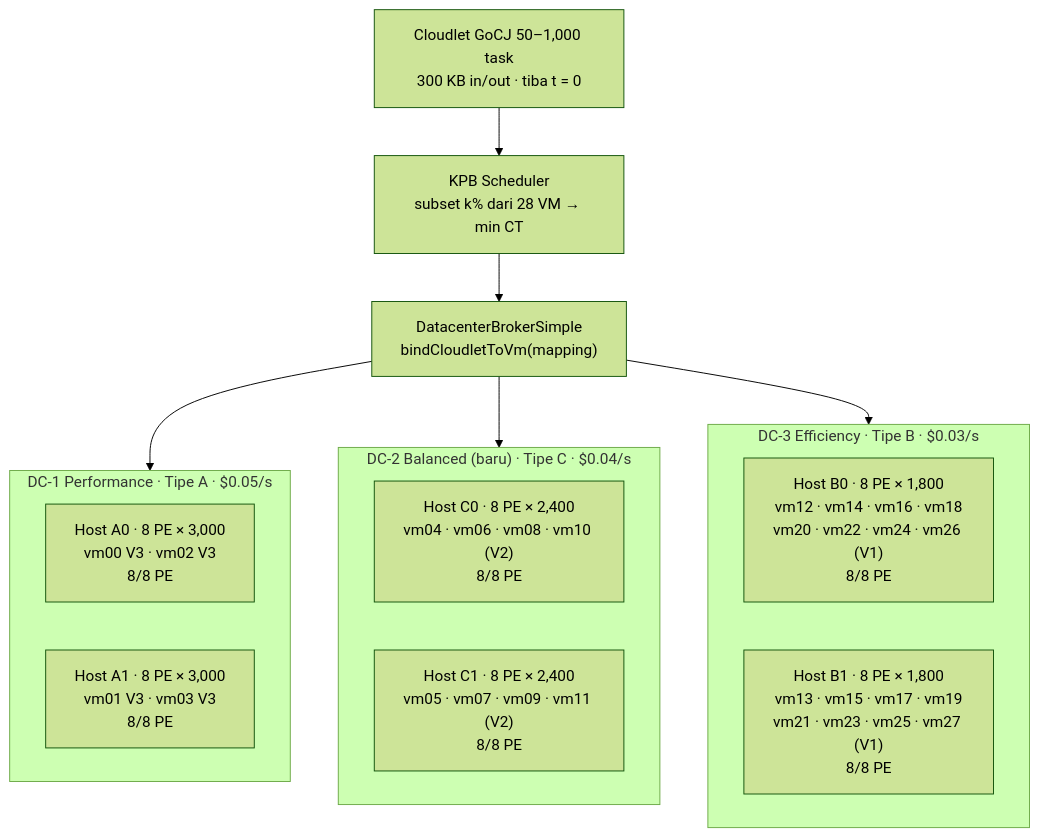
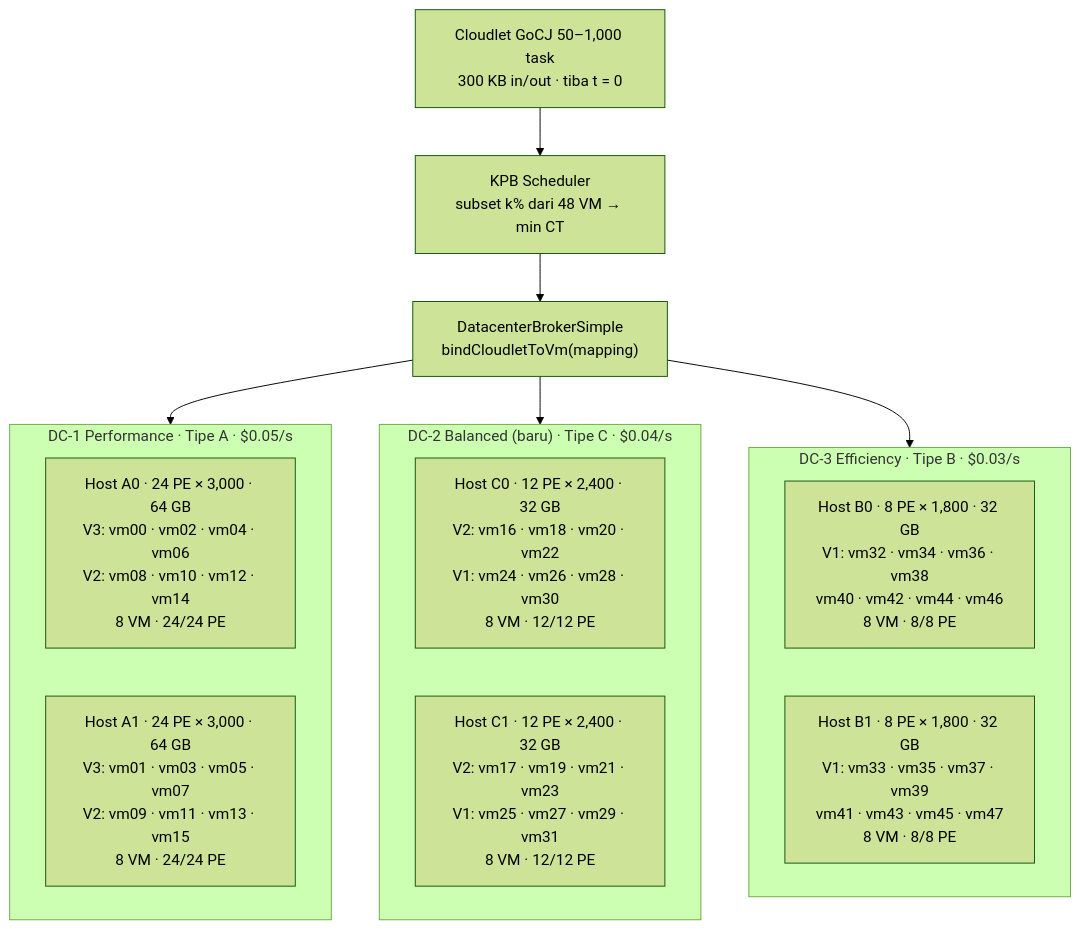
Before and after one commit to pikaapik-io/soka-a-5: the fifth of 5 diagrams in README.md, drawn with Mermaid (forest theme). The commit also changed other lines of this file, not shown here.

````diff
--- a/README.md
+++ b/README.md
@@ -1519,26 +1535,26 @@
 ```mermaid
 flowchart TD
     T["Cloudlet GoCJ 50–1,000 task<br/>300 KB in/out · tiba t = 0"]
-    K["KPB Scheduler<br/>subset k% dari 28 VM → min CT"]
+    K["KPB Scheduler<br/>subset k% dari 48 VM → min CT"]
     Broker["DatacenterBrokerSimple<br/>bindCloudletToVm(mapping)"]
     T --> K --> Broker
 
     subgraph DC1["DC-1 Performance · Tipe A · $0.05/s"]
-        A0["Host A0 · 8 PE × 3,000<br/>vm00 V3 · vm02 V3<br/>8/8 PE"]
-        A1["Host A1 · 8 PE × 3,000<br/>vm01 V3 · vm03 V3<br/>8/8 PE"]
+        A0["Host A0 · 24 PE × 3,000 · 64 GB<br/>V3: vm00 · vm02 · vm04 · vm06<br/>V2: vm08 · vm10 · vm12 · vm14<br/>8 VM · 24/24 PE"]
+        A1["Host A1 · 24 PE × 3,000 · 64 GB<br/>V3: vm01 · vm03 · vm05 · vm07<br/>V2: vm09 · vm11 · vm13 · vm15<br/>8 VM · 24/24 PE"]
     end
 
     subgraph DC2["DC-2 Balanced (baru) · Tipe C · $0.04/s"]
-        C0["Host C0 · 8 PE × 2,400<br/>vm04 · vm06 · vm08 · vm10 (V2)<br/>8/8 PE"]
-        C1["Host C1 · 8 PE × 2,400<br/>vm05 · vm07 · vm09 · vm11 (V2)<br/>8/8 PE"]
+        C0["Host C0 · 12 PE × 2,400 · 32 GB<br/>V2: vm16 · vm18 · vm20 · vm22<br/>V1: vm24 · vm26 · vm28 · vm30<br/>8 VM · 12/12 PE"]
+        C1["Host C1 · 12 PE × 2,400 · 32 GB<br/>V2: vm17 · vm19 · vm21 · vm23<br/>V1: vm25 · vm27 · vm29 · vm31<br/>8 VM · 12/12 PE"]
     end
 
     subgraph DC3["DC-3 Efficiency · Tipe B · $0.03/s"]
-        B0["Host B0 · 8 PE × 1,800<br/>vm12 · vm14 · vm16 · vm18<br/>vm20 · vm22 · vm24 · vm26 (V1)<br/>8/8 PE"]
-        B1["Host B1 · 8 PE × 1,800<br/>vm13 · vm15 · vm17 · vm19<br/>vm21 · vm23 · vm25 · vm27 (V1)<br/>8/8 PE"]
+        B0["Host B0 · 8 PE × 1,800 · 32 GB<br/>V1: vm32 · vm34 · vm36 · vm38<br/>vm40 · vm42 · vm44 · vm46<br/>8 VM · 8/8 PE"]
+        B1["Host B1 · 8 PE × 1,800 · 32 GB<br/>V1: vm33 · vm35 · vm37 · vm39<br/>vm41 · vm43 · vm45 · vm47<br/>8 VM · 8/8 PE"]
     end
 
     Broker --> DC1
     Broker --> DC2
     Broker --> DC3
 ```
````
